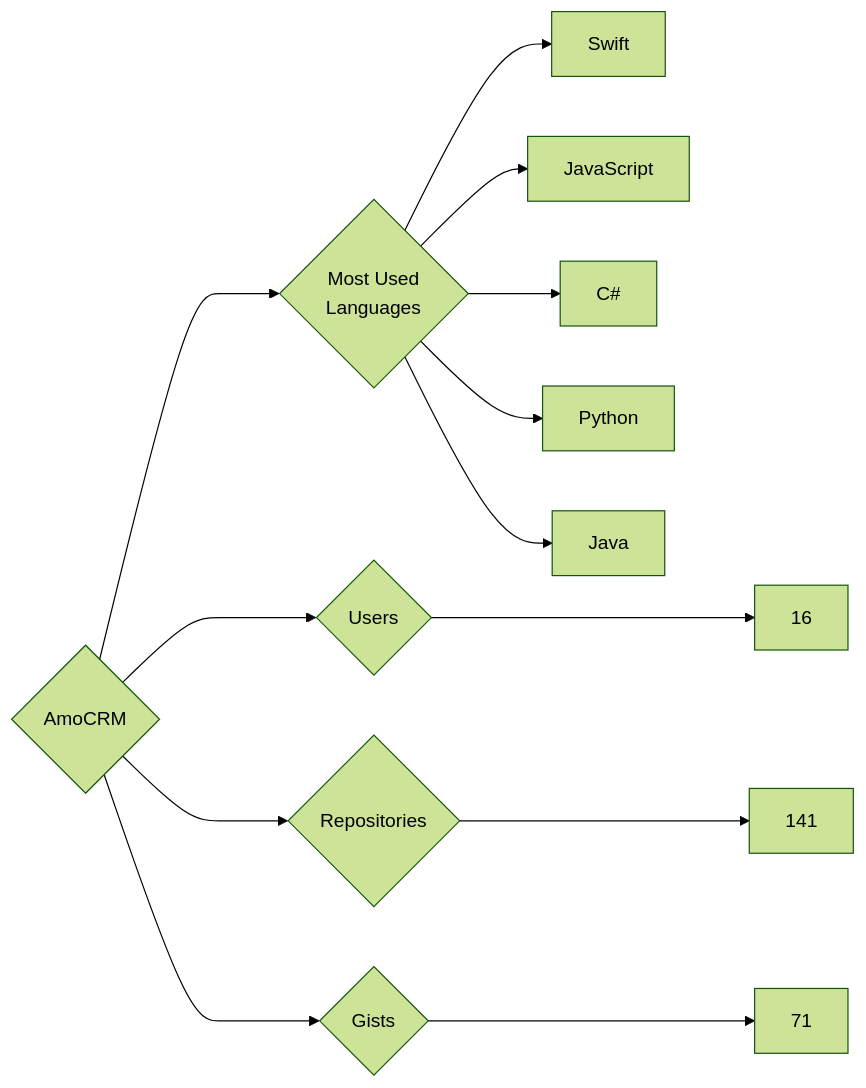
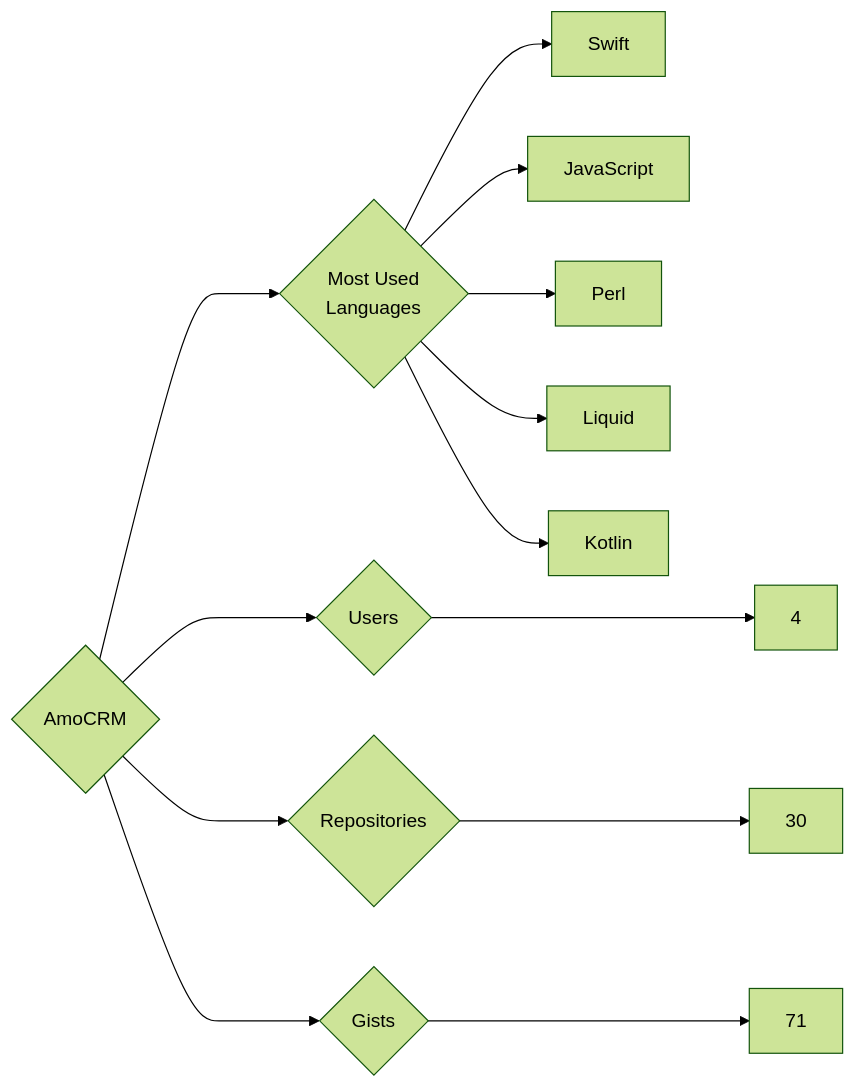
One commit to trickest/insiders changed the diagram in targets/AmoCRM/README.md. Above: the diagram before and after it, drawn with Mermaid (forest theme). The commit also changed 823 other files, not shown here.

````diff
--- a/targets/AmoCRM/README.md
+++ b/targets/AmoCRM/README.md
@@ -3,13 +3,13 @@
 ```mermaid
 graph LR
 COMPANY_NAME{AmoCRM}
-COMPANY_NAME ---> U{Users} ---> UN[16]
-COMPANY_NAME ---> R{Repositories} ---> RN[141]
+COMPANY_NAME ---> U{Users} ---> UN[4]
+COMPANY_NAME ---> R{Repositories} ---> RN[30]
 COMPANY_NAME ---> G{Gists} ---> GN[71]
 COMPANY_NAME ---> ML{Most Used<br>Languages}
 ML --> Swift[Swift]
 ML --> JavaScript[JavaScript]
-ML --> C#[C#]
-ML --> Python[Python]
-ML --> Java[Java]
+ML --> Perl[Perl]
+ML --> Liquid[Liquid]
+ML --> Kotlin[Kotlin]
 ```
````
